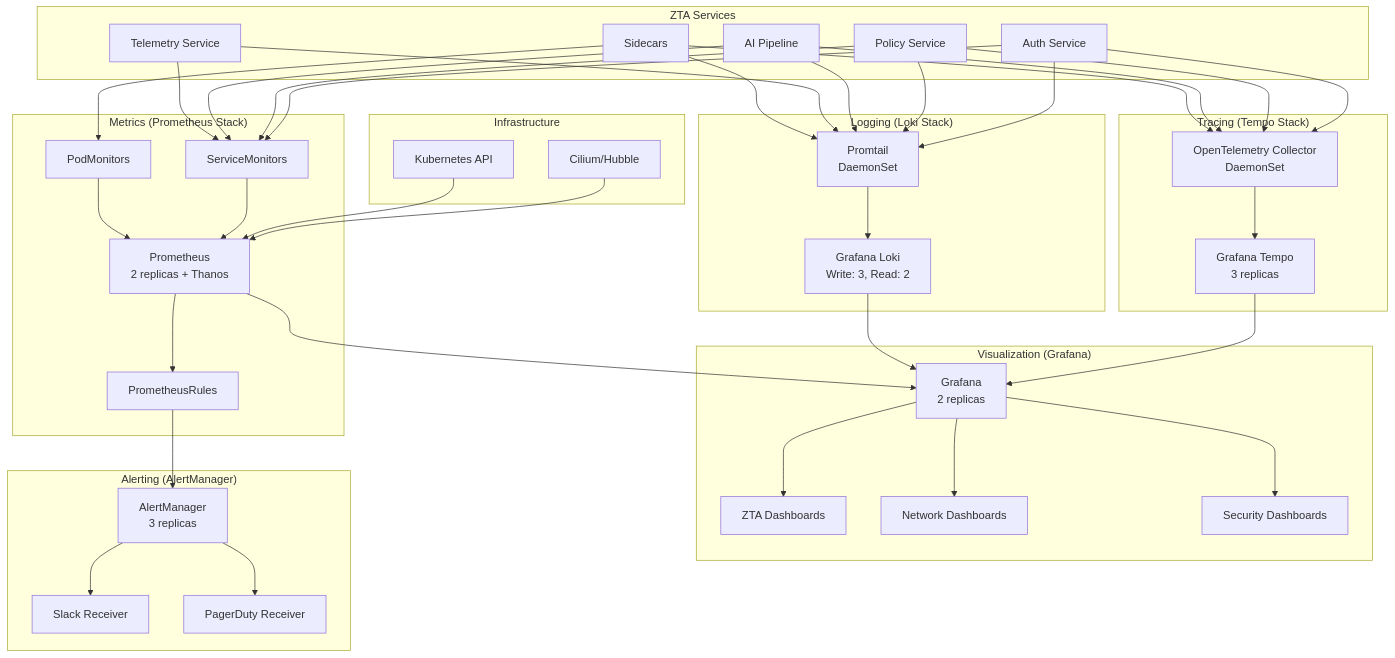
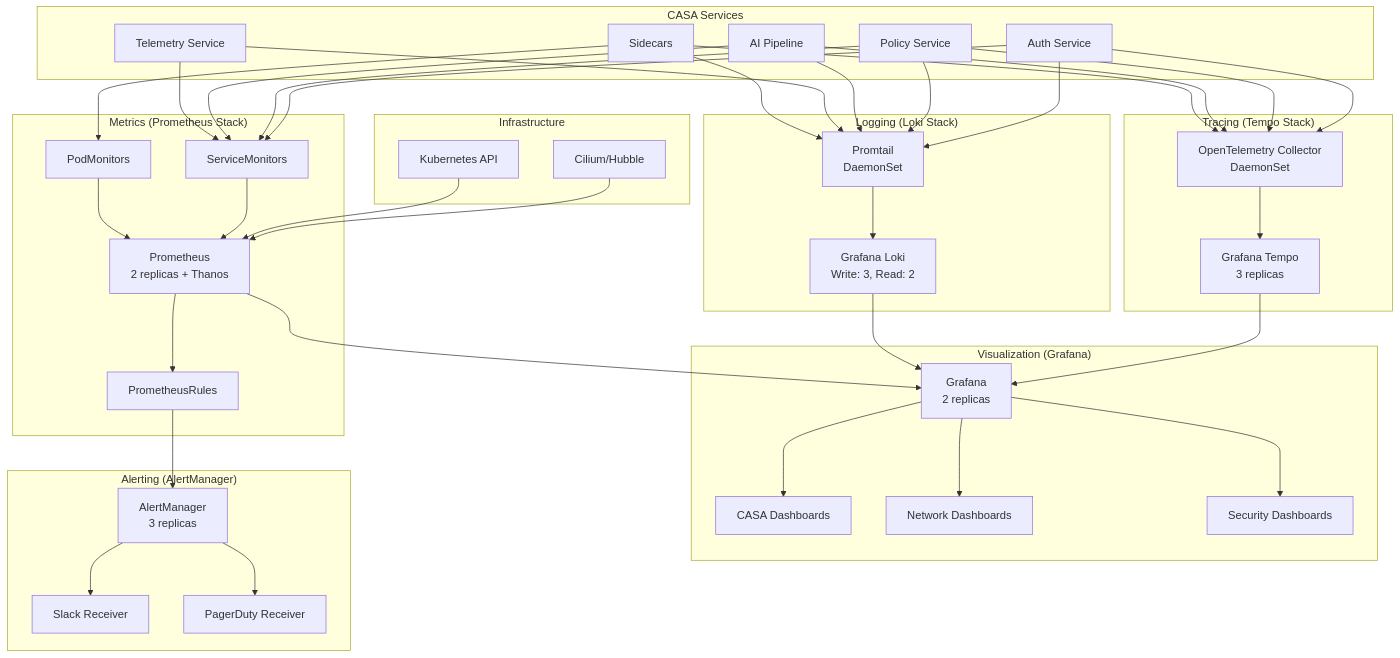
One commit to outshift-open/CASA changed diagram 13 of 16 in contrib/wip/it1/SPECS.md. Above: the diagram before and after it, drawn with Mermaid. The commit also changed other lines of this file and 294 other files, not shown here.

Commit message:
feat: Rename from ZTA to CASA

````diff
--- a/contrib/wip/it1/SPECS.md
+++ b/contrib/wip/it1/SPECS.md
@@ -6452,80 +6452,80 @@
 ```mermaid
 graph TB
     subgraph "Metrics (Prometheus Stack)"
         PROM[Prometheus<br/>2 replicas + Thanos]
         SM[ServiceMonitors]
         PM[PodMonitors]
         RULES[PrometheusRules]
     end
 
     subgraph "Visualization (Grafana)"
         GRAFANA[Grafana<br/>2 replicas]
-        DASH_ZTA[ZTA Dashboards]
+        DASH_CASA[CASA Dashboards]
         DASH_NET[Network Dashboards]
         DASH_SEC[Security Dashboards]
     end
 
     subgraph "Alerting (AlertManager)"
         ALERT[AlertManager<br/>3 replicas]
         SLACK[Slack Receiver]
         PD[PagerDuty Receiver]
     end
 
     subgraph "Tracing (Tempo Stack)"
         TEMPO[Grafana Tempo<br/>3 replicas]
         OTEL_COL[OpenTelemetry Collector<br/>DaemonSet]
     end
 
     subgraph "Logging (Loki Stack)"
         LOKI[Grafana Loki<br/>Write: 3, Read: 2]
         PROMTAIL[Promtail<br/>DaemonSet]
     end
 
-    subgraph "ZTA Services"
+    subgraph "CASA Services"
         AUTH[Auth Service]
         POLICY[Policy Service]
         AI[AI Pipeline]
         TELEM[Telemetry Service]
         SIDECAR[Sidecars]
     end
 
     subgraph "Infrastructure"
         CILIUM[Cilium/Hubble]
         K8S[Kubernetes API]
     end
 
     AUTH --> SM
     POLICY --> SM
     AI --> SM
     TELEM --> SM
     SIDECAR --> PM
     CILIUM --> PROM
     K8S --> PROM
 
     SM --> PROM
     PM --> PROM
     PROM --> RULES
     RULES --> ALERT
     ALERT --> SLACK
     ALERT --> PD
 
     PROM --> GRAFANA
-    GRAFANA --> DASH_ZTA
+    GRAFANA --> DASH_CASA
     GRAFANA --> DASH_NET
     GRAFANA --> DASH_SEC
 
     AUTH --> OTEL_COL
     POLICY --> OTEL_COL
     AI --> OTEL_COL
     SIDECAR --> OTEL_COL
     OTEL_COL --> TEMPO
     TEMPO --> GRAFANA
 
     AUTH --> PROMTAIL
     POLICY --> PROMTAIL
     AI --> PROMTAIL
     TELEM --> PROMTAIL
     SIDECAR --> PROMTAIL
     PROMTAIL --> LOKI
     LOKI --> GRAFANA
 ```
````
